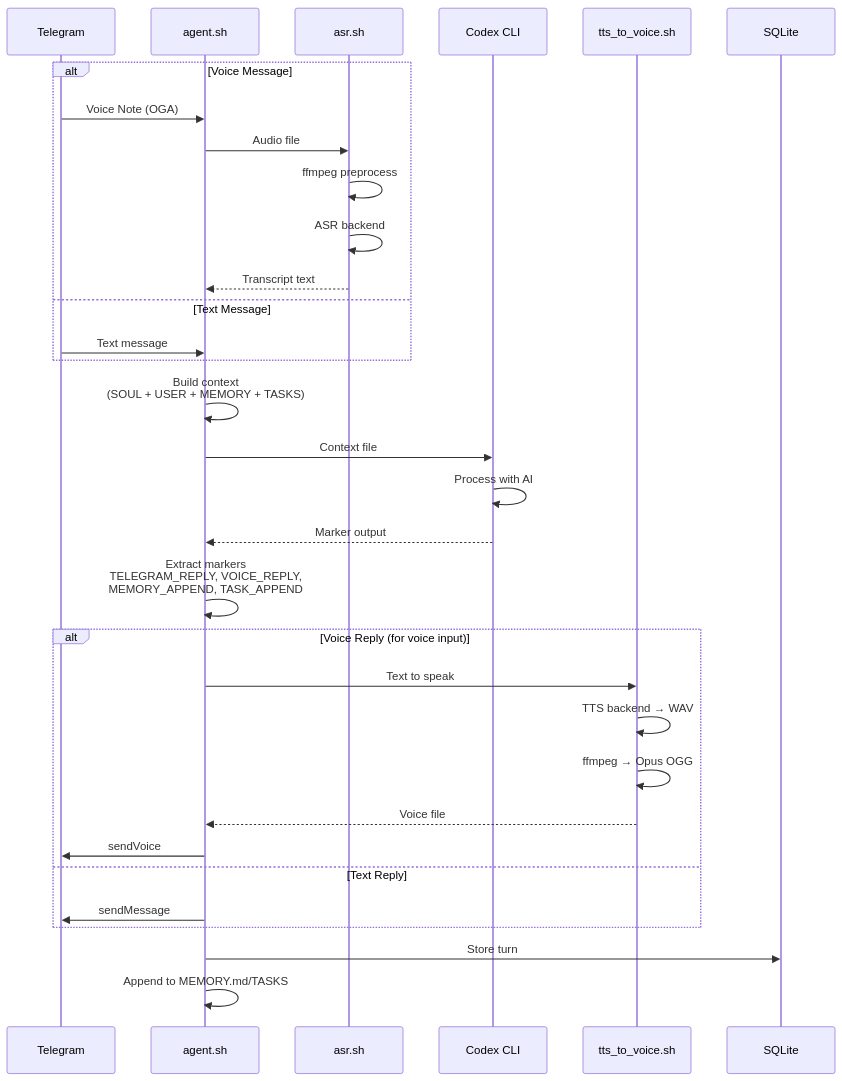
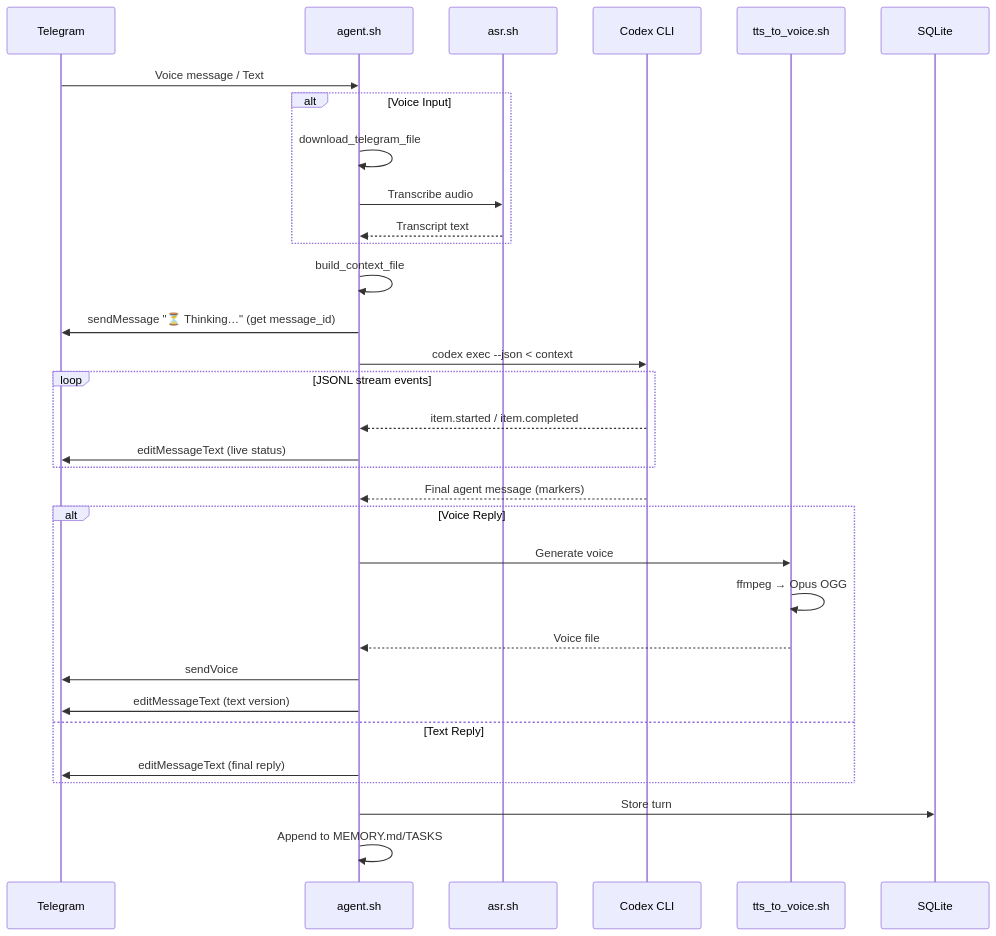
The seventh of 9 diagrams in README.md (lsj5031/ShellClaw), drawn with Mermaid before and after one commit. The commit also changed other lines of this file and 2 other files, not shown here.

First line of the commit message:
feat: live Telegram progress updates + typing indicator

````diff
--- a/README.md
+++ b/README.md
@@ -280,39 +377,42 @@
 ```mermaid
 sequenceDiagram
     participant T as Telegram
     participant A as agent.sh
     participant ASR as asr.sh
     participant C as Codex CLI
     participant TTS as tts_to_voice.sh
     participant DB as SQLite
 
-    alt Voice Message
-        T->>A: Voice Note (OGA)
-        A->>ASR: Audio file
-        ASR->>ASR: ffmpeg preprocess
-        ASR->>ASR: ASR backend
+    T->>A: Voice message / Text
+    
+    alt Voice Input
+        A->>A: download_telegram_file
+        A->>ASR: Transcribe audio
         ASR-->>A: Transcript text
-    else Text Message
-        T->>A: Text message
     end
 
-    A->>A: Build context<br/>(SOUL + USER + MEMORY + TASKS)
-    A->>C: Context file
-    C->>C: Process with AI
-    C-->>A: Marker output
+    A->>A: build_context_file
+    A->>T: sendMessage "⏳ Thinking…" (get message_id)
 
-    A->>A: Extract markers<br/>TELEGRAM_REPLY, VOICE_REPLY,<br/>MEMORY_APPEND, TASK_APPEND
+    A->>C: codex exec --json < context
+    
+    loop JSONL stream events
+        C-->>A: item.started / item.completed
+        A->>T: editMessageText (live status)
+    end
+    
+    C-->>A: Final agent message (markers)
 
-    alt Voice Reply (for voice input)
-        A->>TTS: Text to speak
-        TTS->>TTS: TTS backend → WAV
+    alt Voice Reply
+        A->>TTS: Generate voice
         TTS->>TTS: ffmpeg → Opus OGG
         TTS-->>A: Voice file
         A->>T: sendVoice
+        A->>T: editMessageText (text version)
     else Text Reply
-        A->>T: sendMessage
+        A->>T: editMessageText (final reply)
     end
 
     A->>DB: Store turn
     A->>A: Append to MEMORY.md/TASKS
 ```
````
